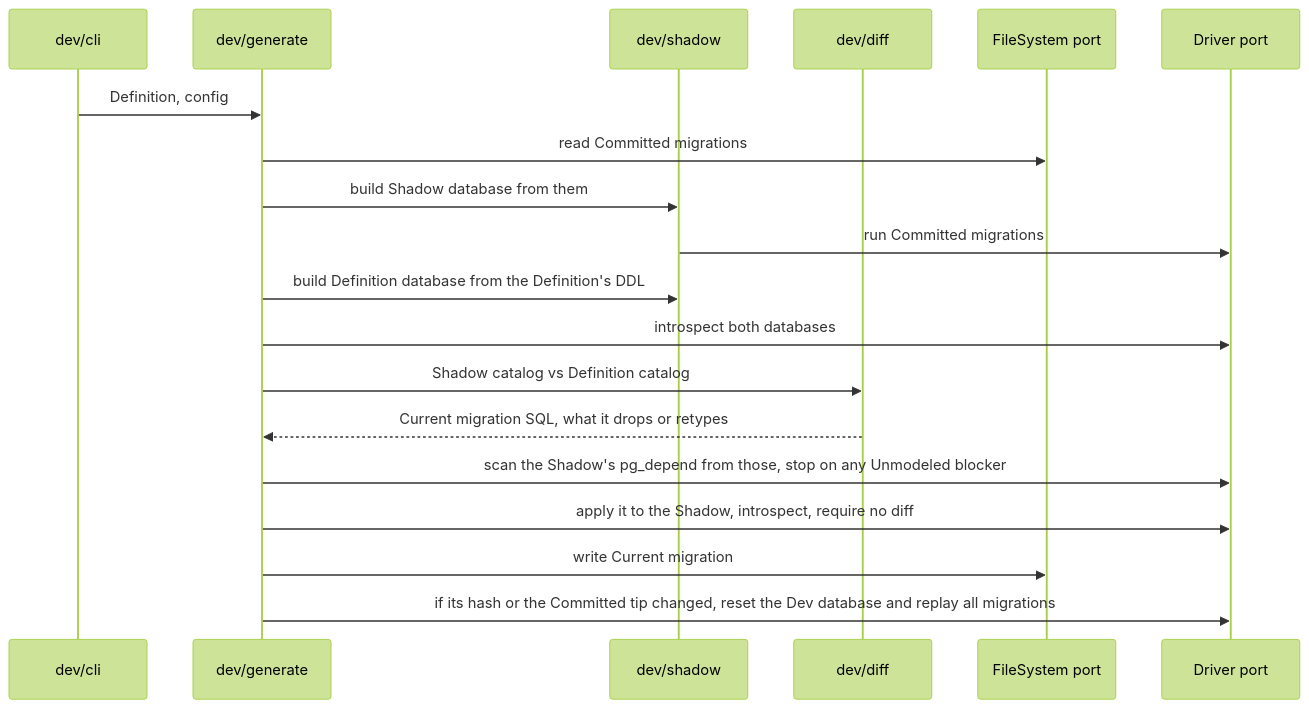
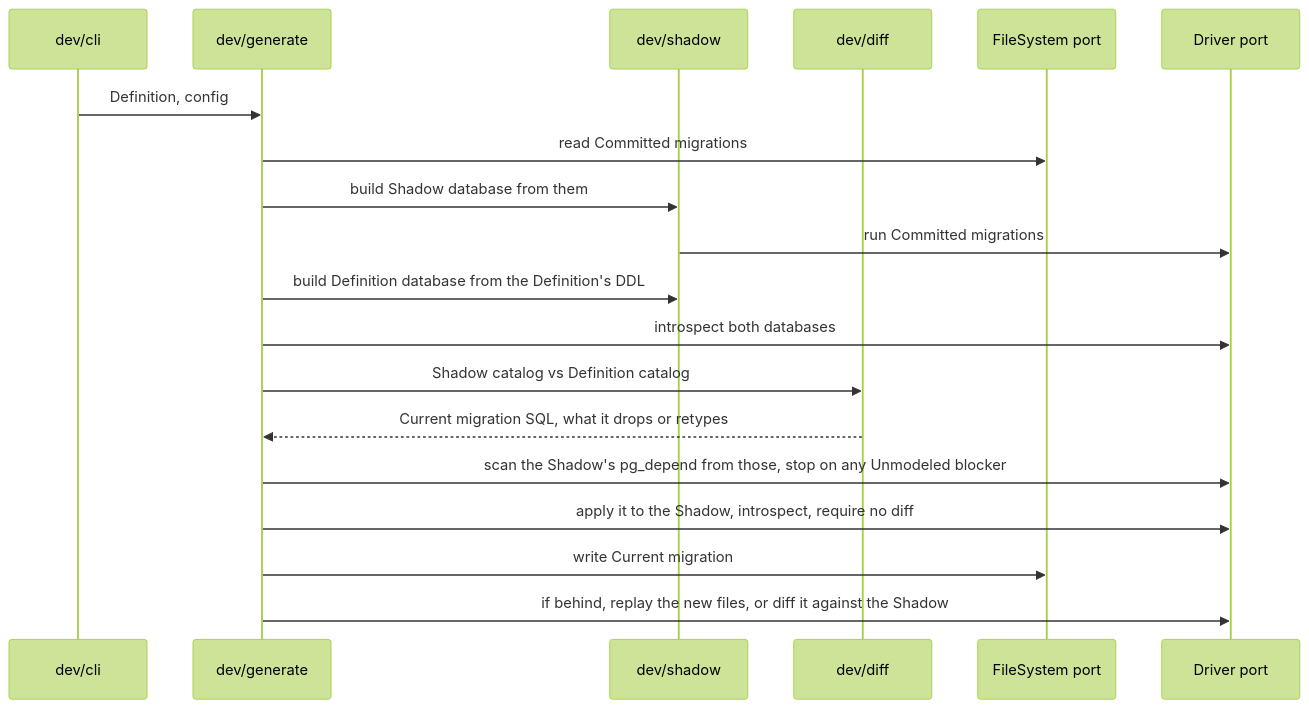
Before and after one commit to smonn/db: the first of 5 diagrams in docs/architecture/cli.md, drawn with Mermaid (forest theme). The commit also changed other lines of this file and 38 other files, not shown here.

First line of the commit message:
fix(generate): replay new files into the Dev database instead of resetting (#792)

````diff
--- a/docs/architecture/cli.md
+++ b/docs/architecture/cli.md
@@ -30,22 +31,22 @@
 ```mermaid
 sequenceDiagram
   participant CLI as dev/cli
   participant Gen as dev/generate
   participant Shadow as dev/shadow
   participant Diff as dev/diff
   participant FS as FileSystem port
   participant DB as Driver port
 
   CLI->>Gen: Definition, config
   Gen->>FS: read Committed migrations
   Gen->>Shadow: build Shadow database from them
   Shadow->>DB: run Committed migrations
   Gen->>Shadow: build Definition database from the Definition's DDL
   Gen->>DB: introspect both databases
   Gen->>Diff: Shadow catalog vs Definition catalog
   Diff-->>Gen: Current migration SQL, what it drops or retypes
   Gen->>DB: scan the Shadow's pg_depend from those, stop on any Unmodeled blocker
   Gen->>DB: apply it to the Shadow, introspect, require no diff
   Gen->>FS: write Current migration
-  Gen->>DB: if its hash or the Committed tip changed, reset the Dev database and replay all migrations
+  Gen->>DB: if behind, replay the new files, or diff it against the Shadow
 ```
````
